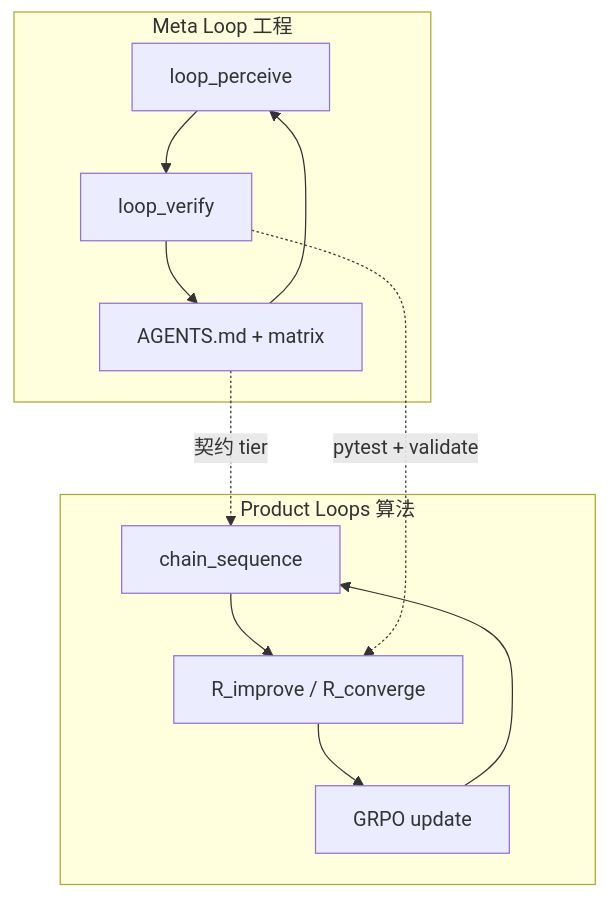
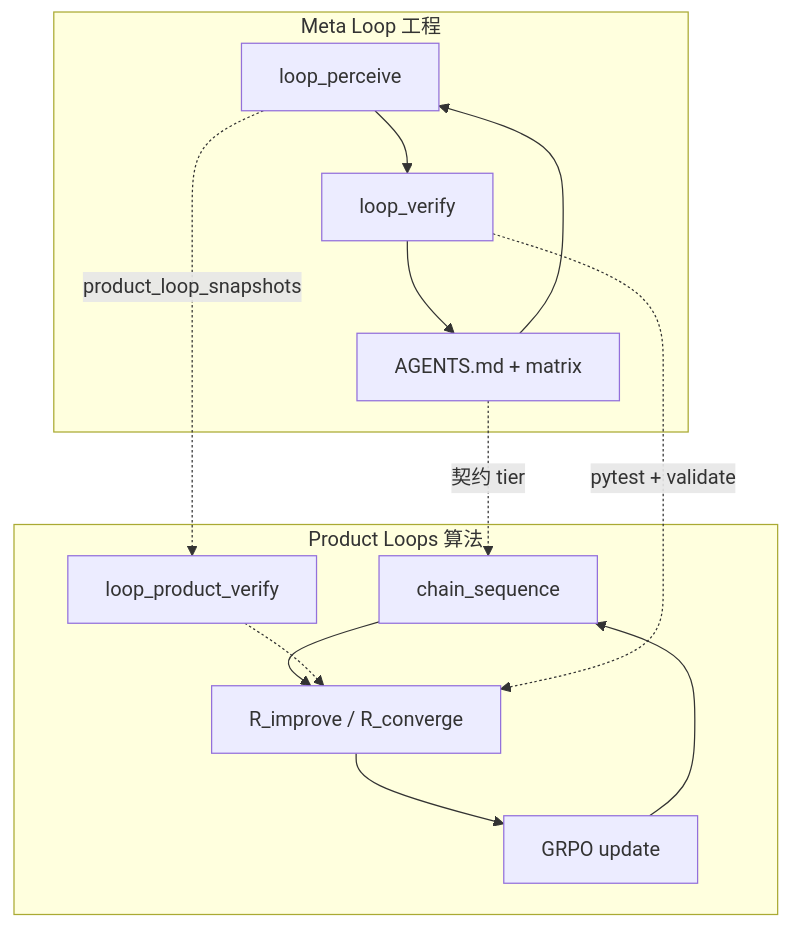
One commit to chenxingqiang/s1-cor changed the diagram in docs/LOOPS.md. Above: the diagram before and after it, drawn with Mermaid. The commit also changed other lines of this file and 6 other files, not shown here.

First line of the commit message:
feat: product loop verify layer + perceive snapshots (Loop R8)

````diff
--- a/docs/LOOPS.md
+++ b/docs/LOOPS.md
@@ -51,15 +62,17 @@
 ```mermaid
 flowchart TB
   subgraph meta [Meta Loop 工程]
     P[loop_perceive] --> V[loop_verify]
     V --> E[AGENTS.md + matrix]
     E --> P
   end
   subgraph product [Product Loops 算法]
     R[chain_sequence] --> I[R_improve / R_converge]
     I --> G[GRPO update]
     G --> R
+    PV[loop_product_verify] -.-> I
   end
+  P -.->|product_loop_snapshots| PV
   E -.->|契约 tier| R
   V -.->|pytest + validate| I
 ```
````
